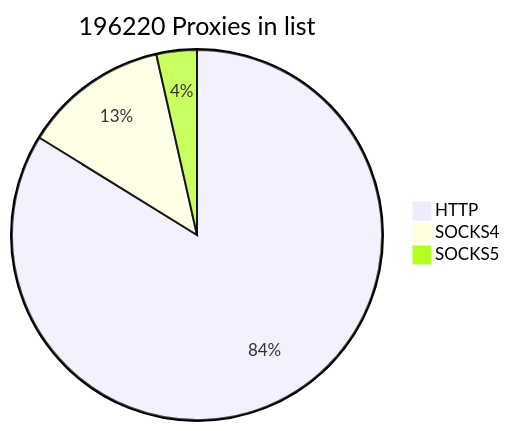
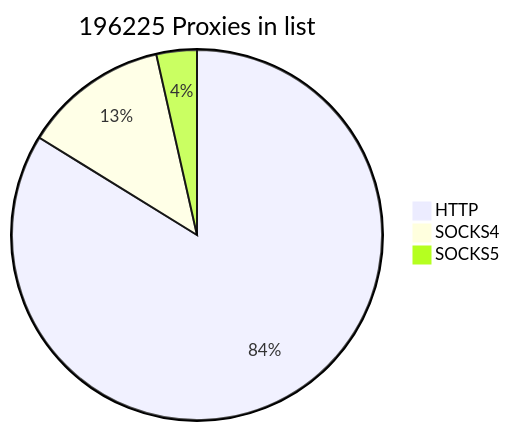
The first of 2 diagrams in README.md (cutipu/proxylist), drawn with Mermaid before and after one commit. The commit also changed other lines of this file, not shown here.

````diff
--- a/README.md
+++ b/README.md
@@ -2,7 +2,7 @@
 ```mermaid
-pie title 196220 Proxies in list
+pie title 196225 Proxies in list
     "HTTP" : 164450
-    "SOCKS4" : 24845
-    "SOCKS5" : 6925
+    "SOCKS4" : 24847
+    "SOCKS5" : 6928
             
 ```
````
